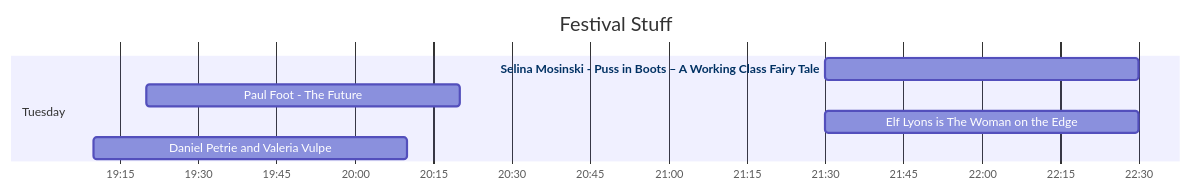
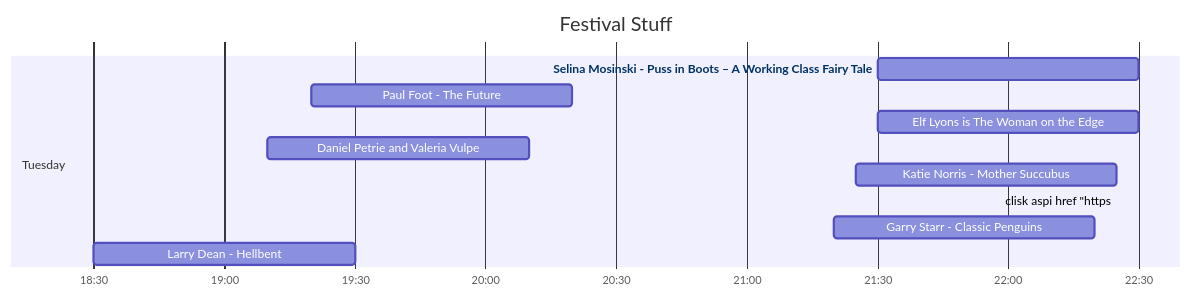
One commit to simonmcqueen/fringe-stuff changed the diagram in README.md. Above: the diagram before and after it, drawn with Mermaid.

````diff
--- a/README.md
+++ b/README.md
@@ -2,31 +2,40 @@
 ```mermaid
 ---
 config:
     securityLevel: 'sandbox'
 ---
 gantt
     title Festival Stuff
     dateFormat  HH:mm
     axisFormat %H:%M
     
     section Saturday
 
     section Sunday
     
     section Monday
 
     section Tuesday
 
     Selina Mosinski - Puss in Boots – A Working Class Fairy Tale : sm, 21:30, 1h
     click aspi href "https://www.edfringe.com/tickets/whats-on/selina-mosinski-puss-in-boots-a-working-class-fairy-tale"
 
     Paul Foot - The Future : pf, 19:20, 1h
     click aspi href "https://www.edfringe.com/tickets/whats-on/paul-foot-the-future"
         
     Elf Lyons is The Woman on the Edge : el, 21:30, 1h
     click aspi href "https://www.edfringe.com/tickets/whats-on/elf-lyons-is-the-woman-on-the-edge"
 
     Daniel Petrie and Valeria Vulpe : dpvv, 19:10, 1h
     click aspi href "https://www.edfringe.com/tickets/whats-on/daniel-petrie-and-valeria-vulpe"
 
+    Katie Norris - Mother Succubus : kn, 21:25, 1h
+    clisk aspi href "https://www.edfringe.com/tickets/whats-on/katie-norris-mother-succubus"
+
+    Garry Starr - Classic Penguins : gs, 21:20, 1h
+    click aspi href "https://www.edfringe.com/tickets/whats-on/garry-starr-classic-penguins"    
+
+    Larry Dean - Hellbent : ld, 18:30, 1h
+    click aspi href "https://www.edfringe.com/tickets/whats-on/larry-dean-hellbent"
+
 ```
````
